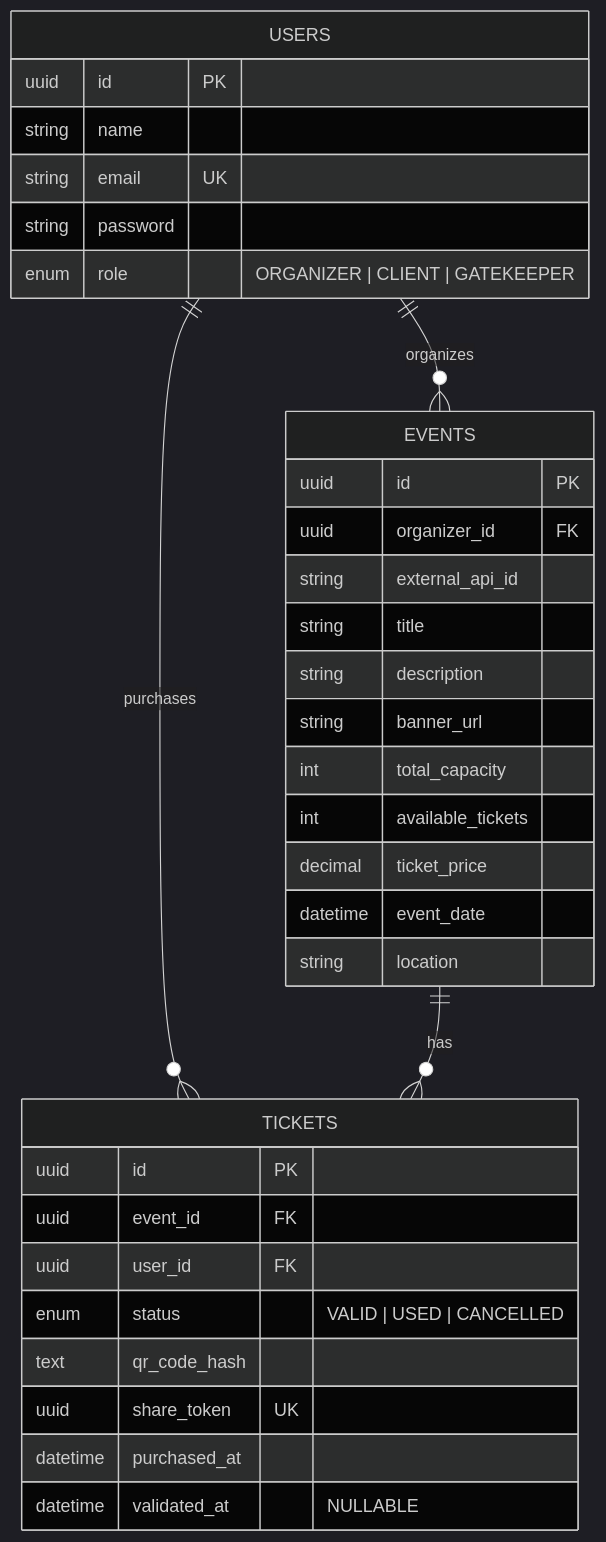
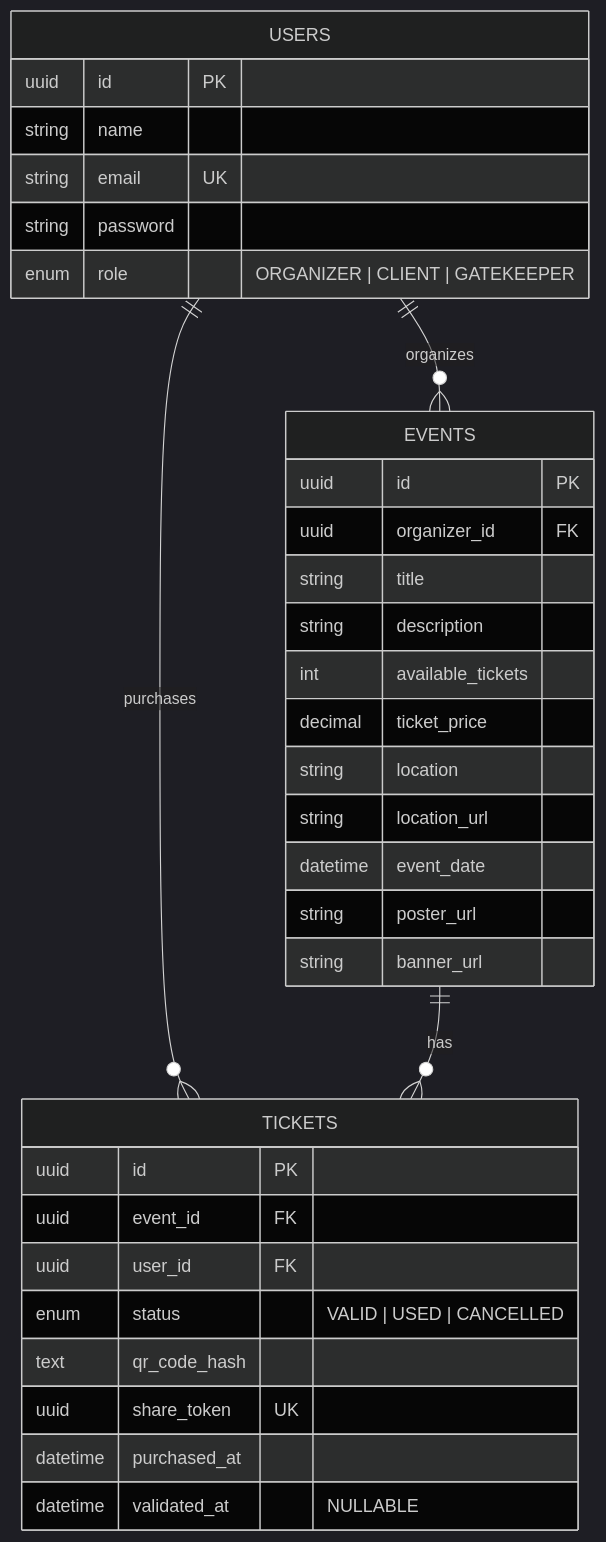
The diagram in docs/especificacoes.md (uallace-macedo/vzticket), drawn with Mermaid (dark theme) before and after one commit. The commit also changed 2 other files, not shown here.

Commit message:
feat(model): update events model

````diff
--- a/docs/especificacoes.md
+++ b/docs/especificacoes.md
@@ -40,39 +40,39 @@
 ```mermaid
 erDiagram
   USERS ||--o{ EVENTS : "organizes"
   USERS ||--o{ TICKETS : "purchases"
   EVENTS ||--o{ TICKETS : "has"
 
   USERS {
     uuid id PK
     string name
     string email UK
     string password
     enum role "ORGANIZER | CLIENT | GATEKEEPER"
   }
 
   EVENTS {
     uuid id PK
     uuid organizer_id FK
-    string external_api_id
     string title
     string description
-    string banner_url
-    int total_capacity
     int available_tickets
     decimal ticket_price
+    string location
+    string location_url
     datetime event_date
-    string location
+    string poster_url
+    string banner_url
   }
 
   TICKETS {
     uuid id PK
     uuid event_id FK
     uuid user_id FK
     enum status "VALID | USED | CANCELLED"
     text qr_code_hash
     uuid share_token UK
     datetime purchased_at
     datetime validated_at "NULLABLE"
   }
 ```
````
